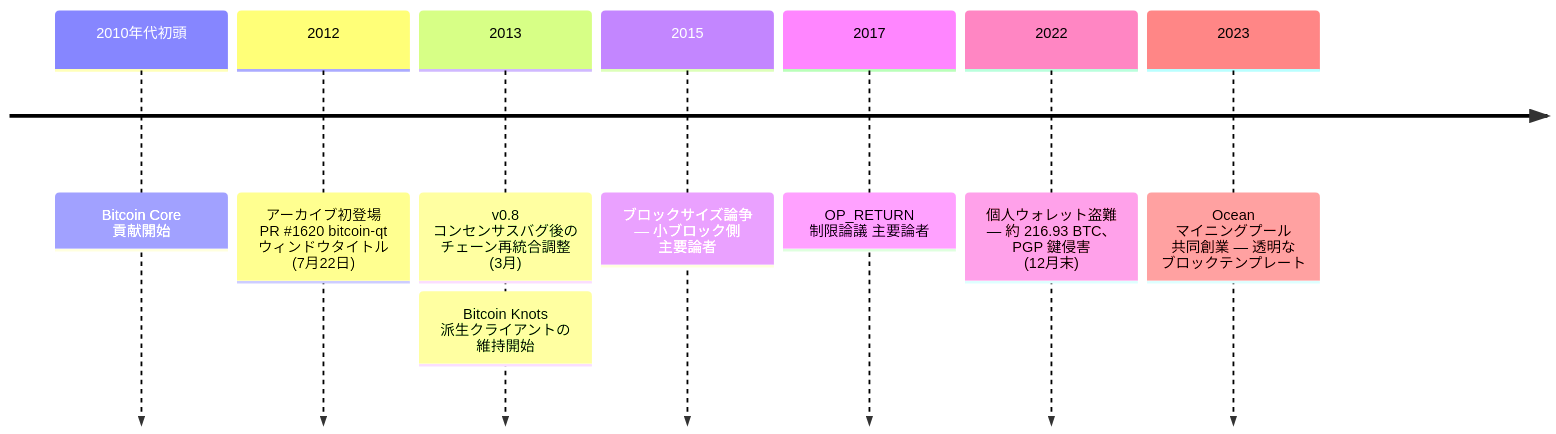
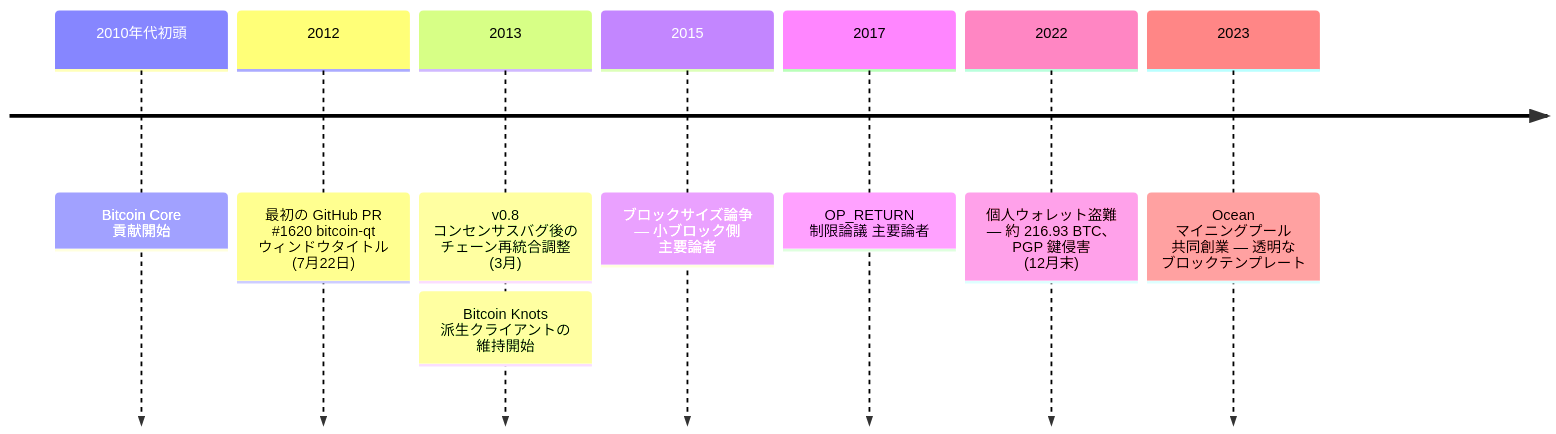
One commit to cypher256/BitcoinArchive changed the diagram in src/data/translations/ja/aftermath/2012-07-22-luke-dashjr-biography.md. Above: the diagram before and after it, drawn with Mermaid. The commit also changed other lines of this file and 14 other files, not shown here.

````diff
--- a/src/data/translations/ja/aftermath/2012-07-22-luke-dashjr-biography.md
+++ b/src/data/translations/ja/aftermath/2012-07-22-luke-dashjr-biography.md
@@ -28,12 +28,12 @@
 ```mermaid
 timeline
     2010年代初頭 : Bitcoin Core 貢献開始
-    2012 : アーカイブ初登場 PR #1620 bitcoin-qt ウィンドウタイトル (7月22日)
+    2012 : 最初の GitHub PR #1620 bitcoin-qt ウィンドウタイトル (7月22日)
     %% link: /BitcoinArchive/ja/entries/forum/github/pr-1620/2012-07-22-pr-1620-change-window-titles-to-bitcoin-qt-purpose-misc-re/
     2013 : v0.8 コンセンサスバグ後の チェーン再統合調整 (3月)
          : Bitcoin Knots 派生クライアントの 維持開始
     2015 : ブロックサイズ論争 — 小ブロック側 主要論者
     2017 : OP_RETURN 制限論議 主要論者
     2022 : 個人ウォレット盗難 — 約 216.93 BTC、 PGP 鍵侵害 (12月末)
     2023 : Ocean マイニングプール 共同創業 — 透明な ブロックテンプレート
 ```
````
